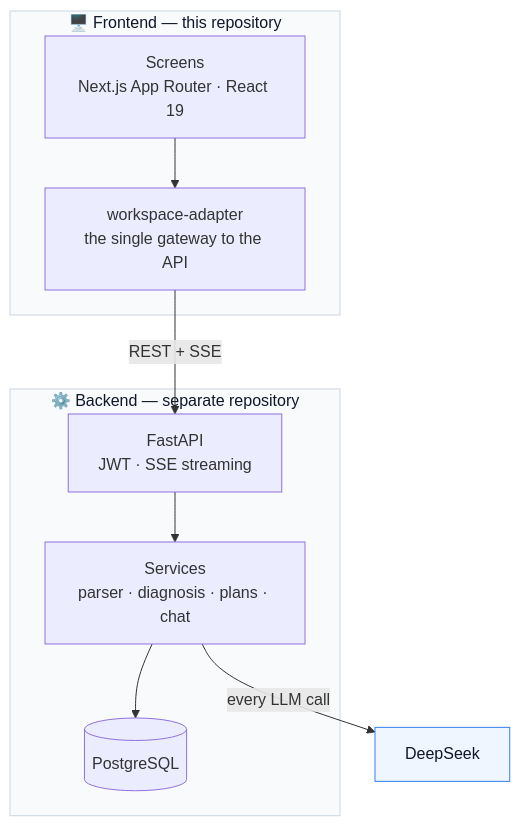
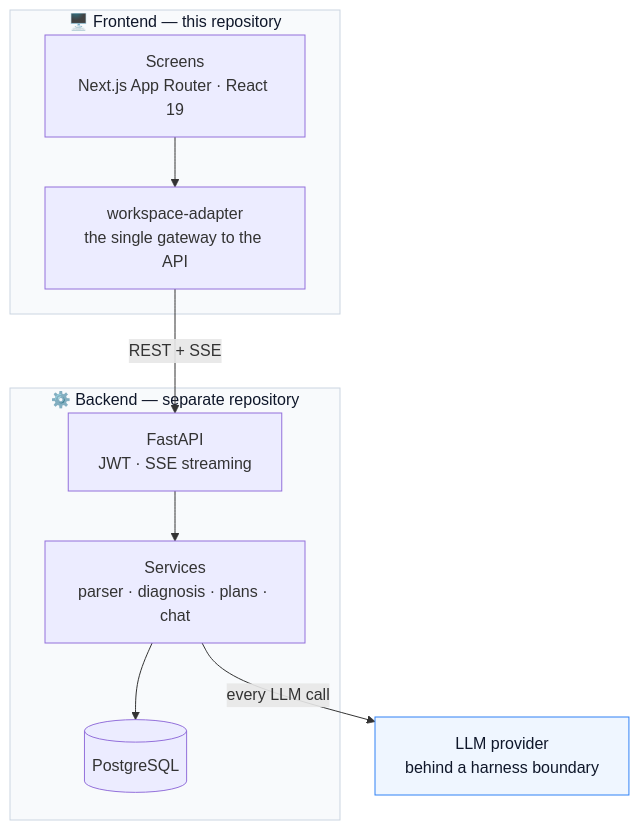
Before and after one commit to coldbootcp/seteuk-management-frontend: the third of 3 diagrams in README.md, drawn with Mermaid. The commit also changed other lines of this file, not shown here.

First line of the commit message:
README에서 내부 개발 규칙을 빼고 LLM 프로바이더 서술을 바로잡는다

````diff
--- a/README.md
+++ b/README.md
@@ -161,24 +149,24 @@
 ```mermaid
 flowchart TB
     subgraph FE["🖥️  Frontend — this repository"]
         UI["Screens<br/>Next.js App Router · React 19"]
         AD["workspace-adapter<br/>the single gateway to the API"]
         UI --> AD
     end
 
     subgraph BE["⚙️  Backend — separate repository"]
         API["FastAPI<br/>JWT · SSE streaming"]
         SVC["Services<br/>parser · diagnosis · plans · chat"]
         DB[("PostgreSQL")]
         API --> SVC --> DB
     end
 
-    LLM["DeepSeek"]
+    LLM["LLM provider<br/>behind a harness boundary"]
 
     AD -->|"REST + SSE"| API
     SVC -->|"every LLM call"| LLM
 
     style FE fill:#F8FAFC,stroke:#CBD5E1,color:#0f172a
     style BE fill:#F8FAFC,stroke:#CBD5E1,color:#0f172a
     style LLM fill:#EFF6FF,stroke:#3182F6,color:#0f172a
 ```
````
